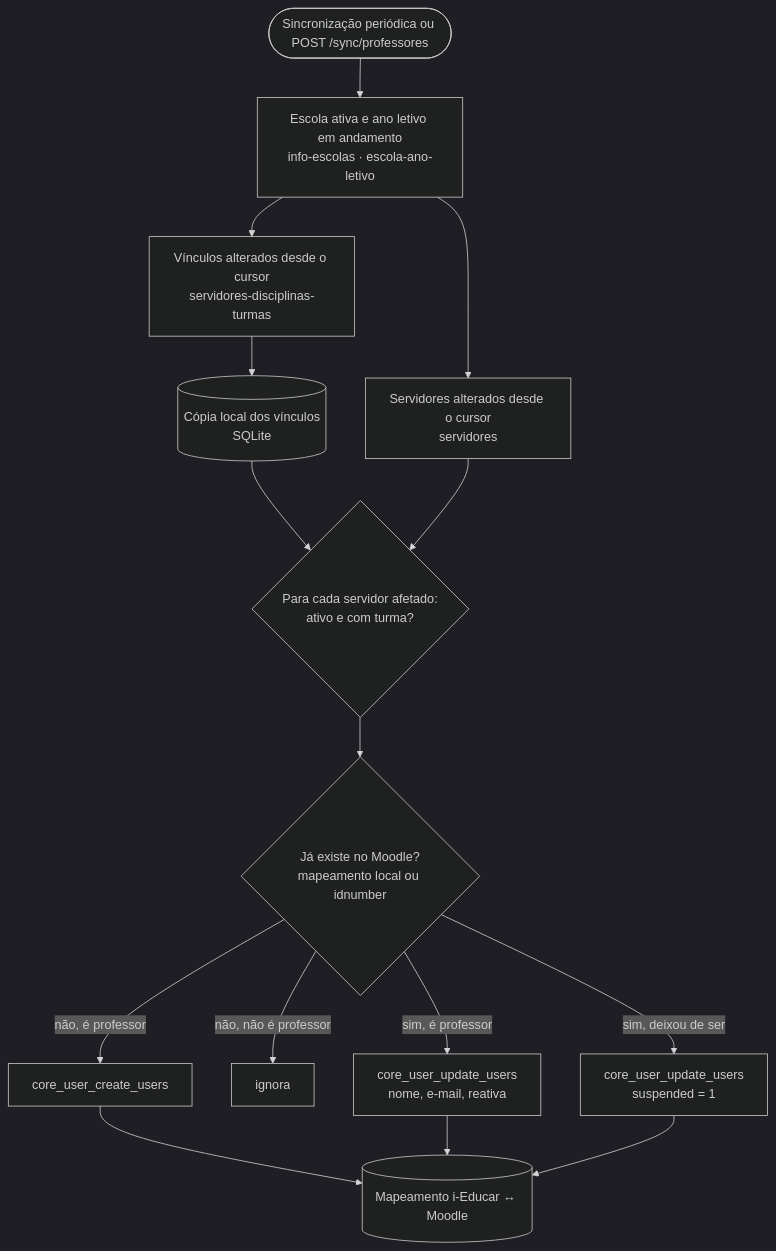
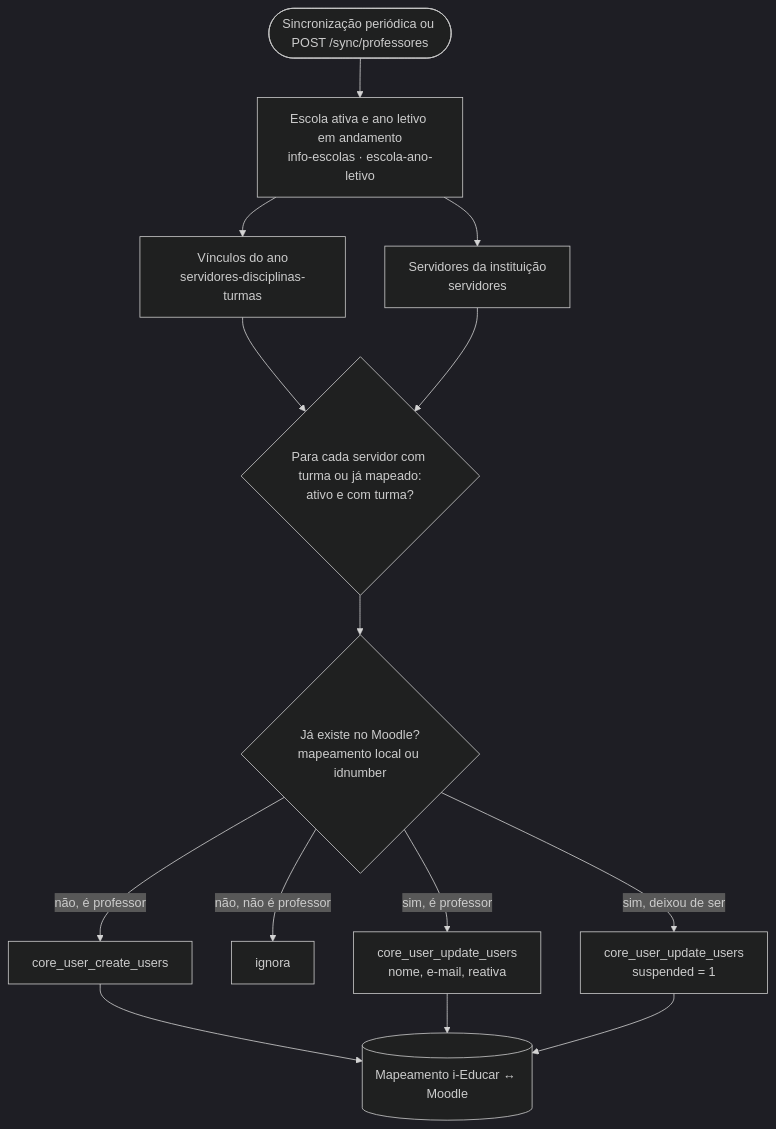
Before and after one commit to vargasnico/ieducar-moodle-integration: the second of 4 diagrams in README.md, drawn with Mermaid (dark theme). The commit also changed other lines of this file and 8 other files, not shown here.

````diff
--- a/README.md
+++ b/README.md
@@ -66,17 +66,16 @@
 ```mermaid
 flowchart TD
     A([Sincronização periódica ou POST /sync/professores]) --> B["Escola ativa e ano letivo em andamento<br/>info-escolas · escola-ano-letivo"]
-    B --> C["Vínculos alterados desde o cursor<br/>servidores-disciplinas-turmas"]
-    C --> D[("Cópia local dos vínculos<br/>SQLite")]
-    B --> E["Servidores alterados desde o cursor<br/>servidores"]
-    D --> F{"Para cada servidor afetado:<br/>ativo e com turma?"}
+    B --> C["Vínculos do ano<br/>servidores-disciplinas-turmas"]
+    B --> E["Servidores da instituição<br/>servidores"]
+    C --> F{"Para cada servidor com turma ou já mapeado:<br/>ativo e com turma?"}
     E --> F
     F --> G{"Já existe no Moodle?<br/>mapeamento local ou idnumber"}
     G -- "não, é professor" --> H["core_user_create_users"]
     G -- "não, não é professor" --> I["ignora"]
     G -- "sim, é professor" --> J["core_user_update_users<br/>nome, e-mail, reativa"]
     G -- "sim, deixou de ser" --> K["core_user_update_users<br/>suspended = 1"]
     H --> L[("Mapeamento i-Educar ↔ Moodle")]
     J --> L
     K --> L
 ```
````
